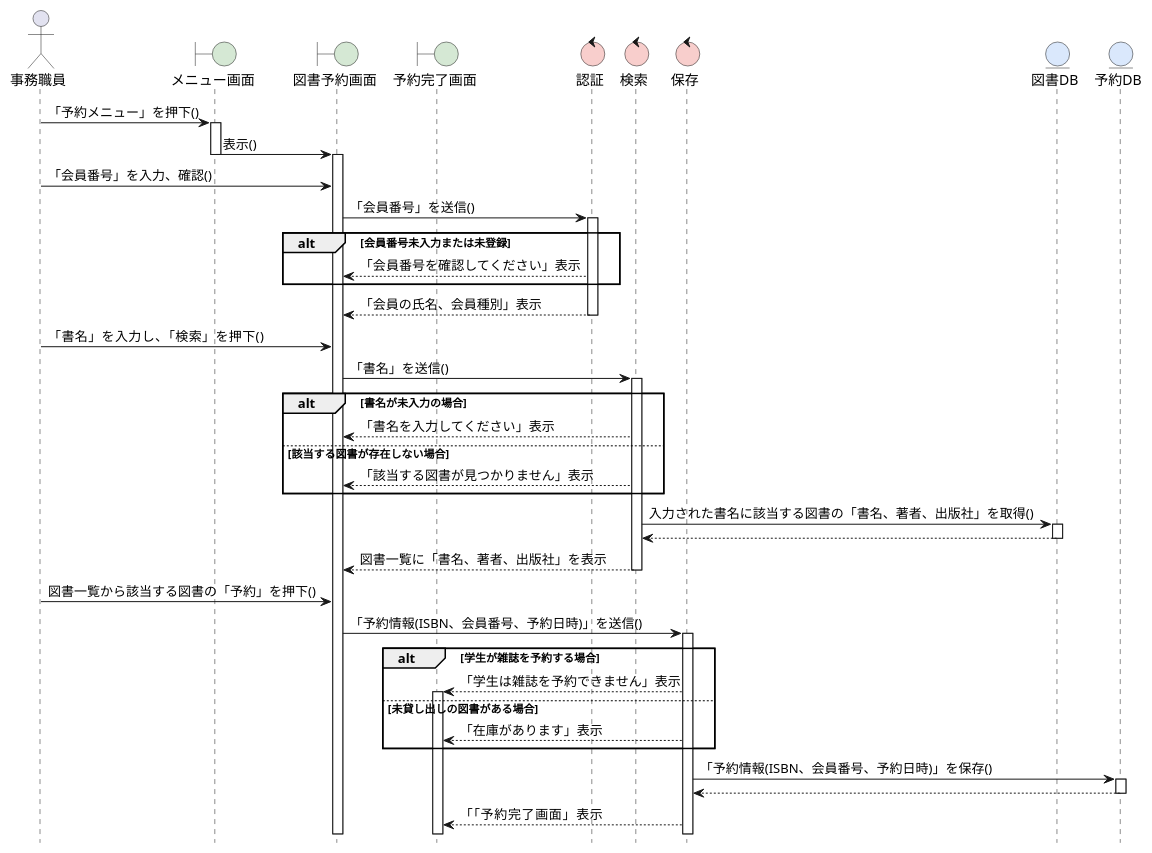
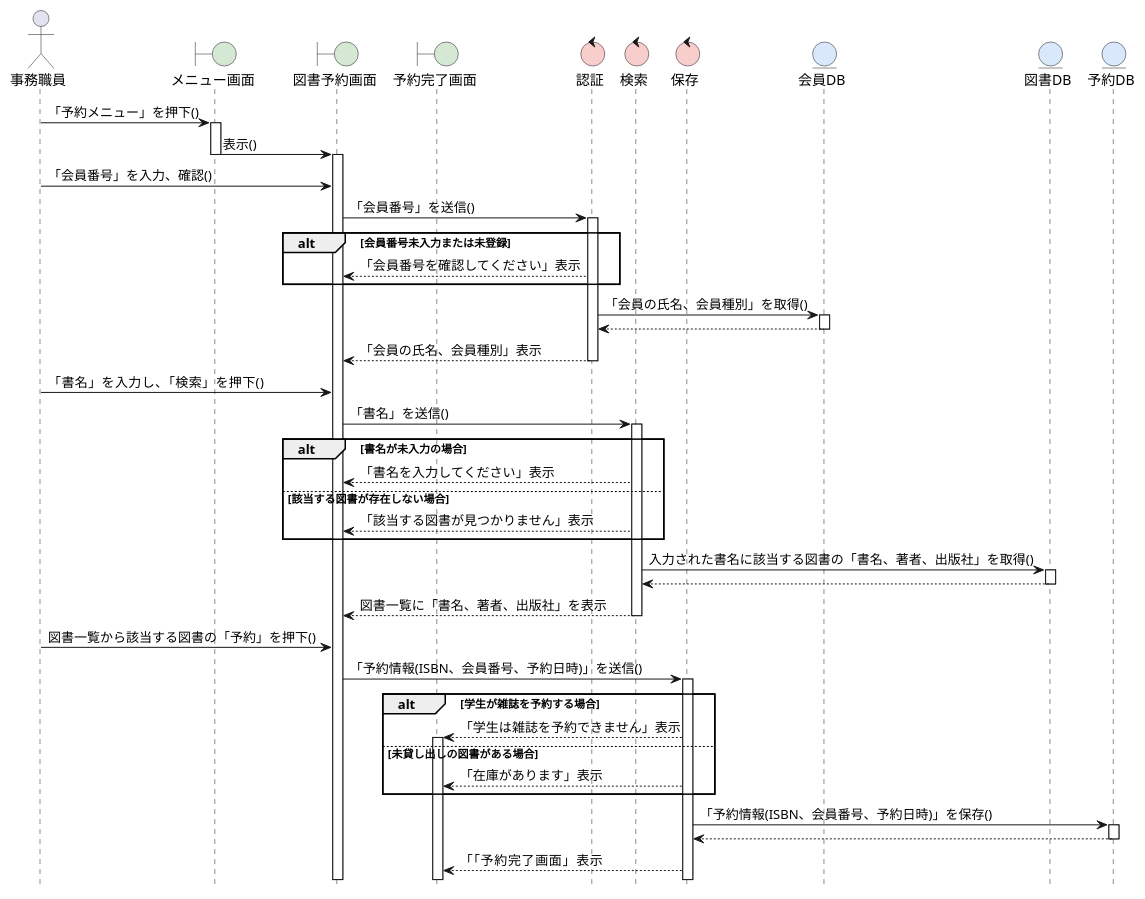
The diagram in kouka2/sequence_reserve.pu (FujikawaHirono0520/group3_1_dogdog), drawn with PlantUML before and after one commit. The commit also changed 1 other file, not shown here.

```diff
--- a/kouka2/sequence_reserve.pu
+++ b/kouka2/sequence_reserve.pu
@@ -1,72 +1,77 @@
 @startuml
 hide footbox
 skinparam boundaryBackgroundColor #D5E8D4
 skinparam controlBackgroundColor  #F8CECC
 skinparam entityBackgroundColor   #DAE8FC
 
 actor 事務職員 as user
 boundary メニュー画面 as B1
 boundary 図書予約画面 as B2
 boundary 予約完了画面 as B3
 control 認証 as C1
 control 検索 as C2
 control 保存 as C3
-entity 図書DB as E1
-entity 予約DB as E2
+entity 会員DB as E1
+entity 図書DB as E2
+entity 予約DB as E3
 
 user -> B1: 「予約メニュー」を押下()
 activate B1
 
 B1 -> B2: 表示()
 deactivate B1
 activate B2
 user -> B2: 「会員番号」を入力、確認()
 
 B2 -> C1: 「会員番号」を送信()
 activate C1
 
 alt 会員番号未入力または未登録
     C1 --> B2: 「会員番号を確認してください」表示
 
 end
 
+C1 -> E1: 「会員の氏名、会員種別」を取得()
+activate E1
+E1 --> C1: 
+deactivate E1
 C1 --> B2: 「会員の氏名、会員種別」表示
 deactivate C1
 
 user -> B2: 「書名」を入力し、「検索」を押下()
 B2 -> C2: 「書名」を送信()
 activate C2
 
 alt 書名が未入力の場合
     C2 --> B2: 「書名を入力してください」表示
 
 else 該当する図書が存在しない場合
     C2 --> B2: 「該当する図書が見つかりません」表示
 
 end
 
-C2 -> E1: 入力された書名に該当する図書の「書名、著者、出版社」を取得()
-activate E1
-E1 --> C2: 
-deactivate E1
+C2 -> E2: 入力された書名に該当する図書の「書名、著者、出版社」を取得()
+activate E2
+E2 --> C2: 
+deactivate E2
 C2 --> B2:図書一覧に「書名、著者、出版社」を表示
 deactivate C2
 
 user -> B2: 図書一覧から該当する図書の「予約」を押下()
 B2 -> C3: 「予約情報(ISBN、会員番号、予約日時)」を送信()
 activate C3
 
 alt 学生が雑誌を予約する場合
     C3 --> B3: 「学生は雑誌を予約できません」表示
     activate B3
 else 未貸し出しの図書がある場合
     C3 --> B3: 「在庫があります」表示
 
 end
-C3 -> E2: 「予約情報(ISBN、会員番号、予約日時)」を保存()
-activate E2
-E2 --> C3: 
-deactivate E2
+C3 -> E3: 「予約情報(ISBN、会員番号、予約日時)」を保存()
+activate E3
+E3 --> C3: 
+deactivate E3
 C3 --> B3:「「予約完了画面」表示
 
 @enduml
```
